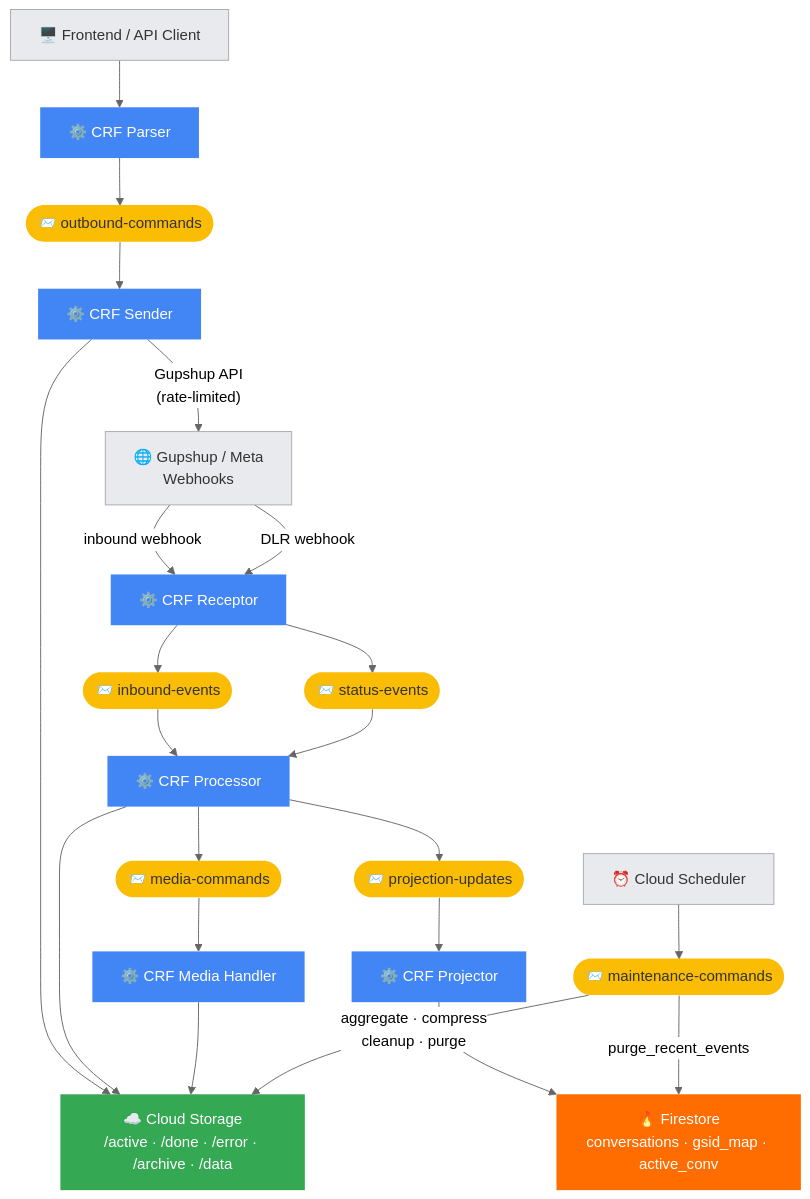
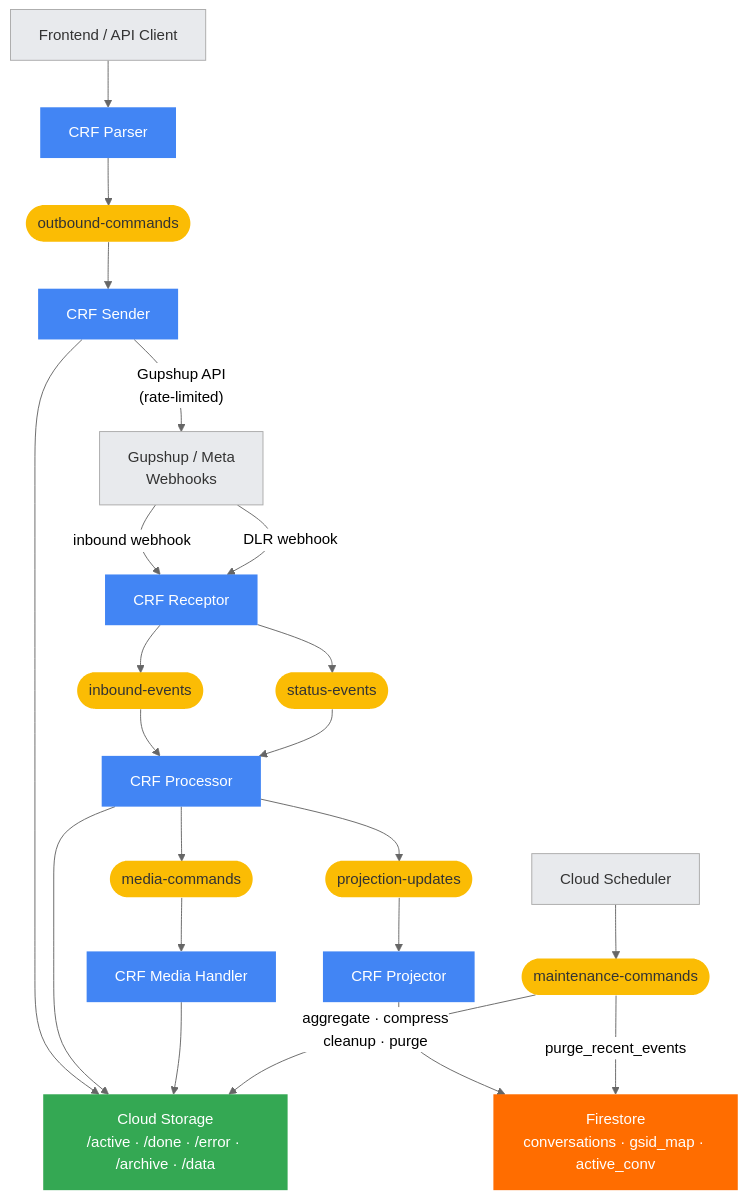
One commit to marioguaqueta/vitesse-message-pub-sub-service changed the seventh of 10 diagrams in vitesse_terraform_design.md. Above: the diagram before and after it, drawn with Mermaid (neutral theme). The commit also changed other lines of this file and 1 other file, not shown here.

````diff
--- a/vitesse_terraform_design.md
+++ b/vitesse_terraform_design.md
@@ -759,47 +759,47 @@
 ```mermaid
 flowchart TD
-    classDef ext      fill:#E8EAED,color:#333,stroke:#aaa
-    classDef crf      fill:#4285F4,color:#fff,stroke:none
-    classDef topic    fill:#FBBC04,color:#333,stroke:none
-    classDef store    fill:#34A853,color:#fff,stroke:none
-    classDef firestore fill:#FF6D00,color:#fff,stroke:none
+  classDef ext   fill:#E8EAED,color:#333,stroke:#aaa
+  classDef crf   fill:#4285F4,color:#fff,stroke:none
+  classDef topic  fill:#FBBC04,color:#333,stroke:none
+  classDef store  fill:#34A853,color:#fff,stroke:none
+  classDef firestore fill:#FF6D00,color:#fff,stroke:none
 
-    FE["🖥️ Frontend / API Client"]:::ext
-    GUPSHUP["🌐 Gupshup / Meta\nWebhooks"]:::ext
-    SCHEDULER["⏰ Cloud Scheduler"]:::ext
+  FE["Frontend / API Client"]:::ext
+  GUPSHUP["Gupshup / Meta\nWebhooks"]:::ext
+  SCHEDULER["Cloud Scheduler"]:::ext
 
-    PARSER["⚙️ CRF Parser"]:::crf
-    RECEPTOR["⚙️ CRF Receptor"]:::crf
-    SENDER["⚙️ CRF Sender"]:::crf
-    PROCESSOR["⚙️ CRF Processor"]:::crf
-    PROJECTOR["⚙️ CRF Projector"]:::crf
-    MEDIA["⚙️ CRF Media Handler"]:::crf
+  PARSER["CRF Parser"]:::crf
+  RECEPTOR["CRF Receptor"]:::crf
+  SENDER["CRF Sender"]:::crf
+  PROCESSOR["CRF Processor"]:::crf
+  PROJECTOR["CRF Projector"]:::crf
+  MEDIA["CRF Media Handler"]:::crf
 
-    OC(["📨 outbound-commands"]):::topic
-    IE(["📨 inbound-events"]):::topic
-    SE(["📨 status-events"]):::topic
-    PU(["📨 projection-updates"]):::topic
-    MC(["📨 maintenance-commands"]):::topic
-    MED(["📨 media-commands"]):::topic
+  OC(["outbound-commands"]):::topic
+  IE(["inbound-events"]):::topic
+  SE(["status-events"]):::topic
+  PU(["projection-updates"]):::topic
+  MC(["maintenance-commands"]):::topic
+  MED(["media-commands"]):::topic
 
-    GCS["☁️ Cloud Storage\n/active · /done · /error · /archive · /data"]:::store
-    FS["🔥 Firestore\nconversations · gsid_map · active_conv"]:::firestore
+  GCS["Cloud Storage\n/active · /done · /error · /archive · /data"]:::store
+  FS["Firestore\nconversations · gsid_map · active_conv"]:::firestore
 
-    FE --> PARSER
-    PARSER --> OC --> SENDER -->|"Gupshup API\n(rate-limited)"| GUPSHUP
-    SENDER --> GCS
+  FE --> PARSER
+  PARSER --> OC --> SENDER -->|"Gupshup API\n(rate-limited)"| GUPSHUP
+  SENDER --> GCS
 
-    GUPSHUP -->|inbound webhook| RECEPTOR
-    RECEPTOR --> IE --> PROCESSOR
-    PROCESSOR --> GCS
-    PROCESSOR --> PU --> PROJECTOR --> FS
+  GUPSHUP -->|inbound webhook| RECEPTOR
+  RECEPTOR --> IE --> PROCESSOR
+  PROCESSOR --> GCS
+  PROCESSOR --> PU --> PROJECTOR --> FS
 
-    GUPSHUP -->|DLR webhook| RECEPTOR
-    RECEPTOR --> SE --> PROCESSOR
+  GUPSHUP -->|DLR webhook| RECEPTOR
+  RECEPTOR --> SE --> PROCESSOR
 
-    PROCESSOR --> MED --> MEDIA --> GCS
+  PROCESSOR --> MED --> MEDIA --> GCS
 
-    SCHEDULER --> MC
-    MC -->|aggregate · compress\ncleanup · purge| GCS
-    MC -->|purge_recent_events| FS
+  SCHEDULER --> MC
+  MC -->|aggregate · compress\ncleanup · purge| GCS
+  MC -->|purge_recent_events| FS
 ```
````
